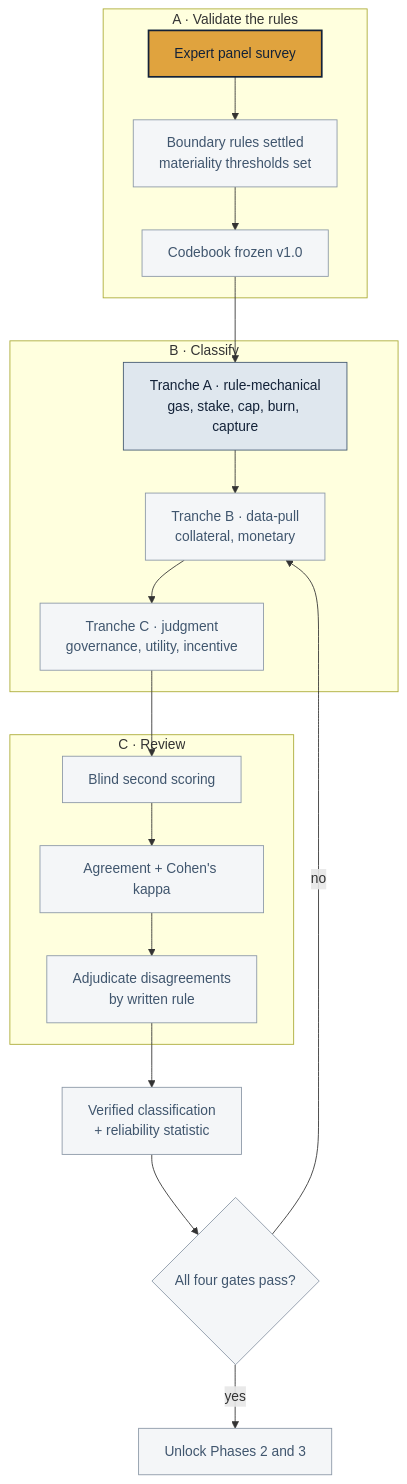
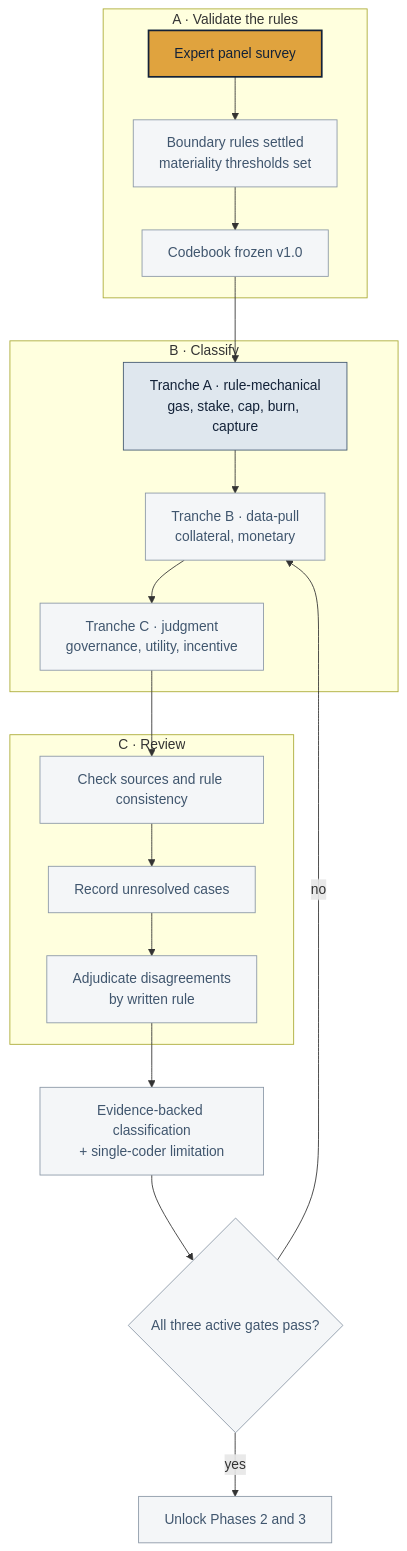
One commit to Sidziesama/DigitalAssetsCryptocurrencyValuation changed the second of 2 diagrams in PROJECT_PLAN.md. Above: the diagram before and after it, drawn with Mermaid. The commit also changed other lines of this file and 367 other files, not shown here.

````diff
--- a/PROJECT_PLAN.md
+++ b/PROJECT_PLAN.md
@@ -57,29 +57,29 @@
 ```mermaid
 flowchart TB
   subgraph V["A · Validate the rules"]
     S1["Expert panel survey"] --> S2["Boundary rules settled<br/>materiality thresholds set"]
     S2 --> S3["Codebook frozen v1.0"]
   end
 
   subgraph C["B · Classify"]
     T1["Tranche A · rule-mechanical<br/>gas, stake, cap, burn, capture"]
     T2["Tranche B · data-pull<br/>collateral, monetary"]
     T3["Tranche C · judgment<br/>governance, utility, incentive"]
   end
 
   subgraph R["C · Review"]
-    B1["Blind second scoring"] --> B2["Agreement + Cohen's kappa"]
+    B1["Check sources and rule consistency"] --> B2["Record unresolved cases"]
     B2 --> B3["Adjudicate disagreements<br/>by written rule"]
   end
 
   S3 --> T1 --> T2 --> T3 --> B1
-  B3 --> OUT["Verified classification<br/>+ reliability statistic"]
-  OUT --> GATE{"All four gates pass?"}
+  B3 --> OUT["Evidence-backed classification<br/>+ single-coder limitation"]
+  OUT --> GATE{"All three active gates pass?"}
   GATE -->|yes| NEXT["Unlock Phases 2 and 3"]
   GATE -->|no| T2
 
   classDef now fill:#E0A33E,stroke:#132238,color:#132238,stroke-width:2px;
   classDef done fill:#dfe7ee,stroke:#40566E,color:#132238;
   classDef todo fill:#f4f6f8,stroke:#8A97A6,color:#40566E;
   class S1 now; class T1 done; class S2,S3,T2,T3,B1,B2,B3,OUT,GATE,NEXT todo;
 ```
````
